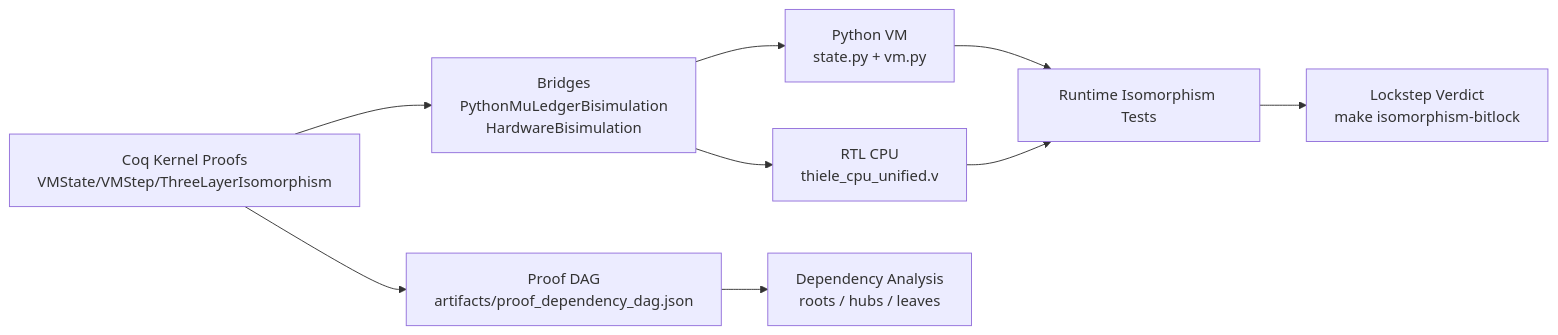
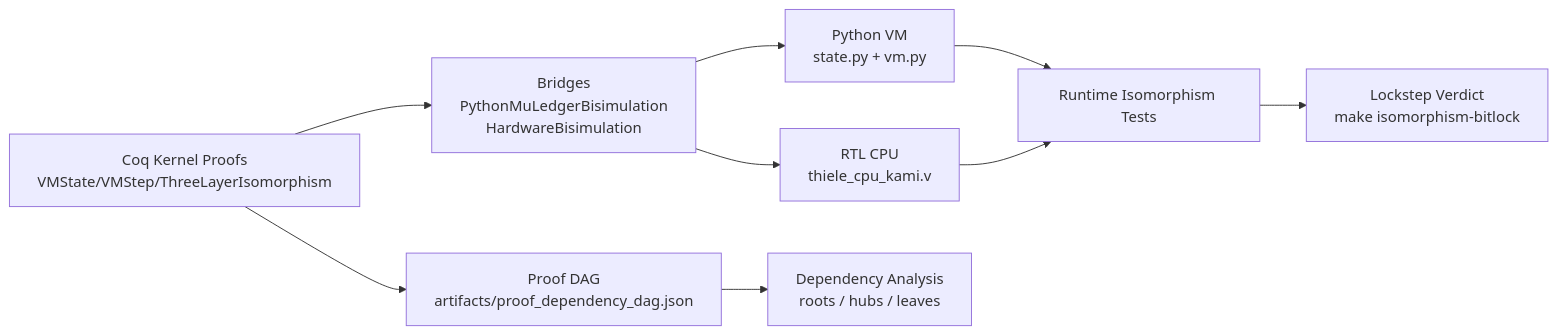
The first of 3 diagrams in artifacts/ISOMORPHISM_VISUALS.md (sethirus/The-Thiele-Machine), drawn with Mermaid before and after one commit. The commit also changed other lines of this file and 28 other files, not shown here.

````diff
--- a/artifacts/ISOMORPHISM_VISUALS.md
+++ b/artifacts/ISOMORPHISM_VISUALS.md
@@ -12,20 +12,20 @@
 ```mermaid
 flowchart LR
     A[Coq Kernel Proofs
 VMState/VMStep/ThreeLayerIsomorphism] --> B[Bridges
 PythonMuLedgerBisimulation
 HardwareBisimulation]
     B --> C[Python VM
 state.py + vm.py]
     B --> D[RTL CPU
-thiele_cpu_unified.v]
+thiele_cpu_kami.v]
     C --> E[Runtime Isomorphism Tests]
     D --> E
     E --> F[Lockstep Verdict
 make isomorphism-bitlock]
     A --> G[Proof DAG
 artifacts/proof_dependency_dag.json]
     G --> H[Dependency Analysis
 roots / hubs / leaves]
 
 ```
````
